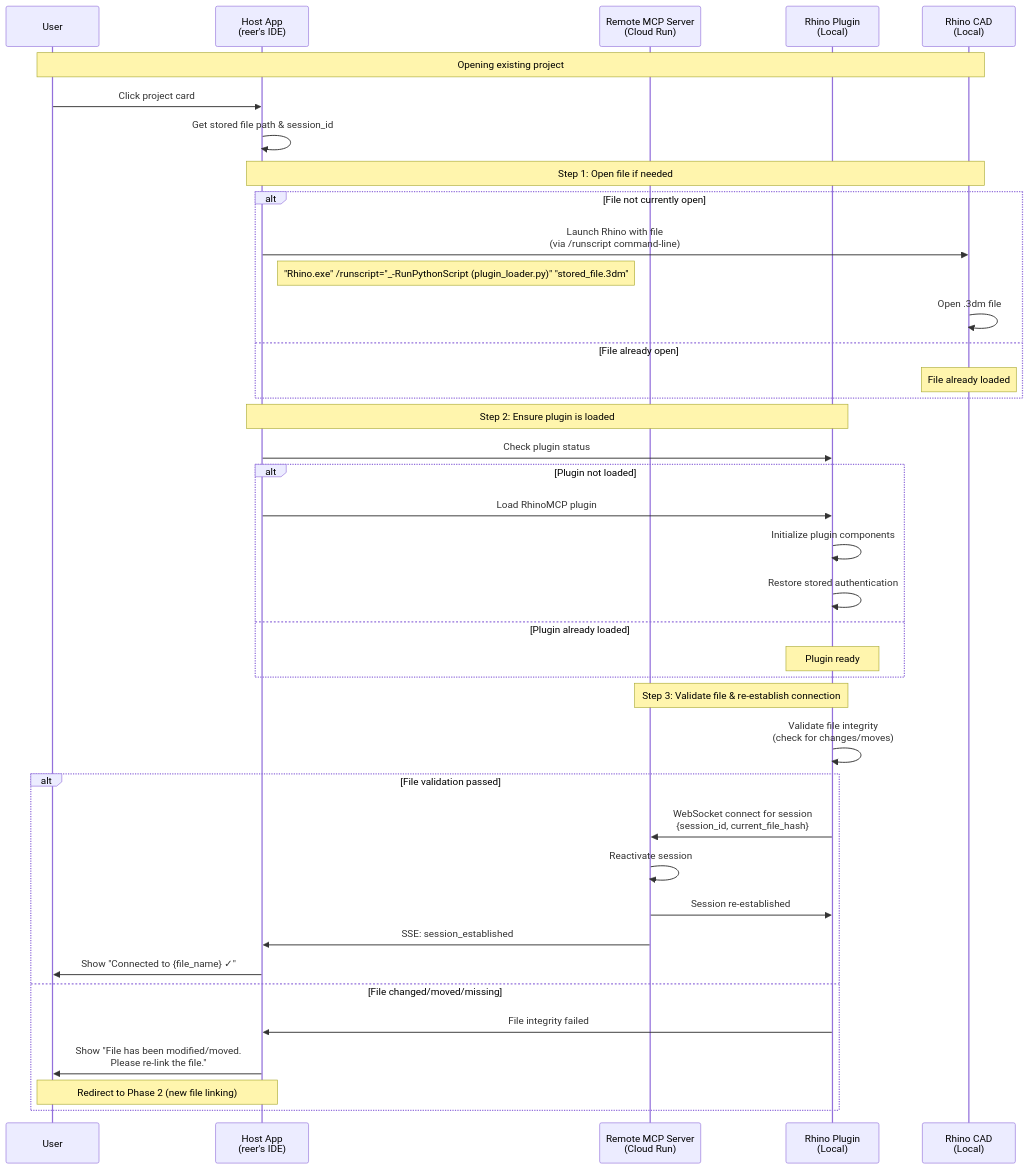
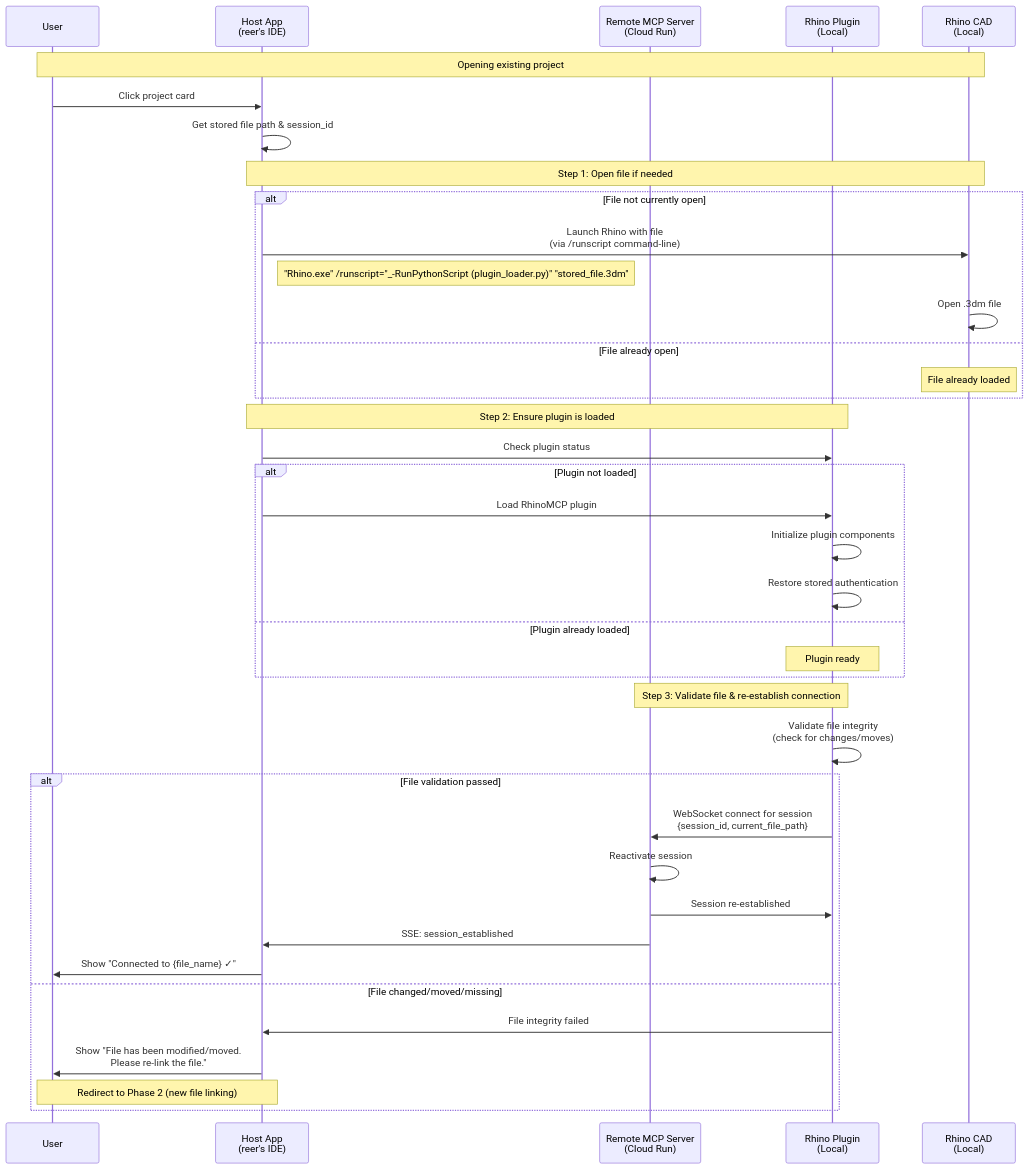
One commit to reer-ide/rhino_mcp_remote changed the third of 4 diagrams in docs/architecture.md. Above: the diagram before and after it, drawn with Mermaid. The commit also changed other lines of this file and 24 other files, not shown here.

````diff
--- a/docs/architecture.md
+++ b/docs/architecture.md
@@ -155,46 +153,46 @@
 ```mermaid
 sequenceDiagram
     participant User
     participant HostApp as Host App<br/>(reer's IDE)
     participant RemoteServer as Remote MCP Server<br/>(Cloud Run)
     participant RhinoPlugin as Rhino Plugin<br/>(Local)
     participant RhinoCAD as Rhino CAD<br/>(Local)
     
     Note over User,RhinoCAD: Opening existing project
     
     User->>HostApp: Click project card
     HostApp->>HostApp: Get stored file path & session_id
     
     Note over HostApp,RhinoCAD: Step 1: Open file if needed
     alt File not currently open
         HostApp->>RhinoCAD: Launch Rhino with file<br/>(via /runscript command-line)
         Note right of HostApp: "Rhino.exe" /runscript="_-RunPythonScript (plugin_loader.py)" "stored_file.3dm"
         RhinoCAD->>RhinoCAD: Open .3dm file
     else File already open
         Note over RhinoCAD: File already loaded
     end
     
     Note over HostApp,RhinoPlugin: Step 2: Ensure plugin is loaded
     HostApp->>RhinoPlugin: Check plugin status
     alt Plugin not loaded
         HostApp->>RhinoPlugin: Load RhinoMCP plugin
         RhinoPlugin->>RhinoPlugin: Initialize plugin components
         RhinoPlugin->>RhinoPlugin: Restore stored authentication
     else Plugin already loaded
         Note over RhinoPlugin: Plugin ready
     end
     
     Note over RhinoPlugin,RemoteServer: Step 3: Validate file & re-establish connection
     RhinoPlugin->>RhinoPlugin: Validate file integrity<br/>(check for changes/moves)
     alt File validation passed
-        RhinoPlugin->>RemoteServer: WebSocket connect for session<br/>{session_id, current_file_hash}
+        RhinoPlugin->>RemoteServer: WebSocket connect for session<br/>{session_id, current_file_path}
         RemoteServer->>RemoteServer: Reactivate session
         RemoteServer->>RhinoPlugin: Session re-established
         RemoteServer->>HostApp: SSE: session_established
         HostApp->>User: Show "Connected to {file_name} ✓"
     else File changed/moved/missing
         RhinoPlugin->>HostApp: File integrity failed
         HostApp->>User: Show "File has been modified/moved.<br/>Please re-link the file."
         Note over HostApp,User: Redirect to Phase 2 (new file linking)
     end
 ```
````
